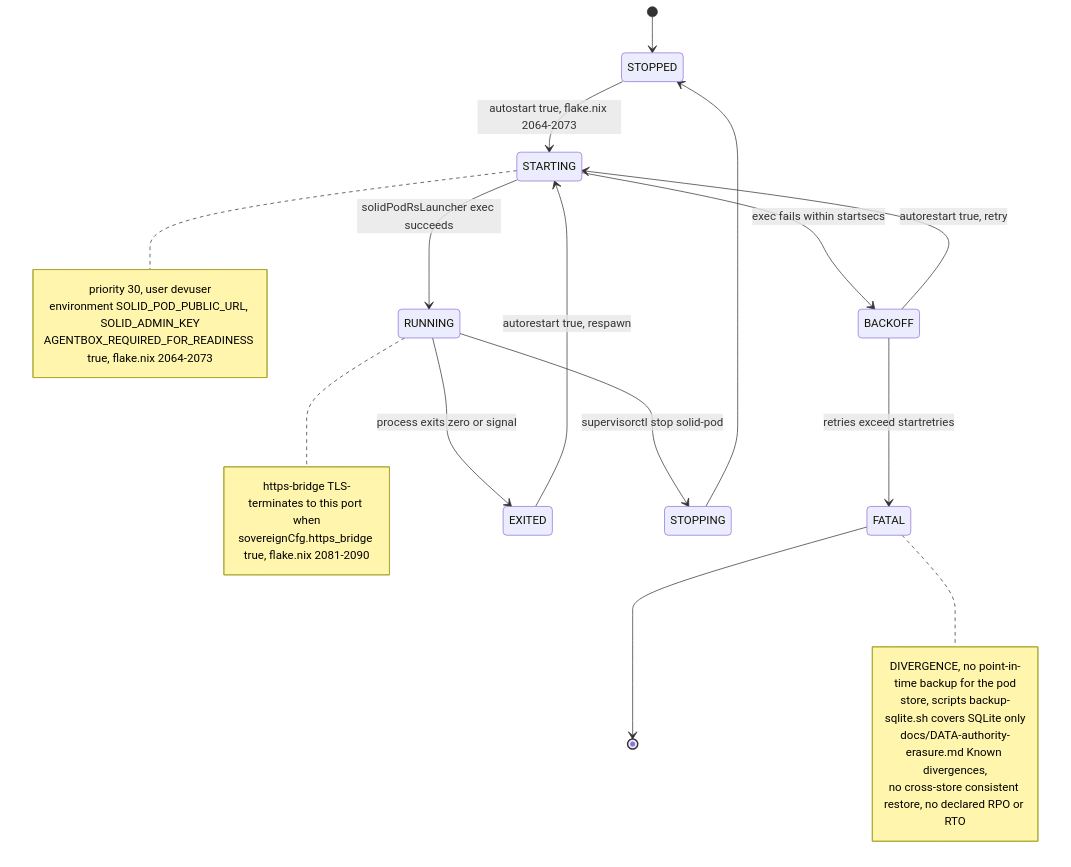
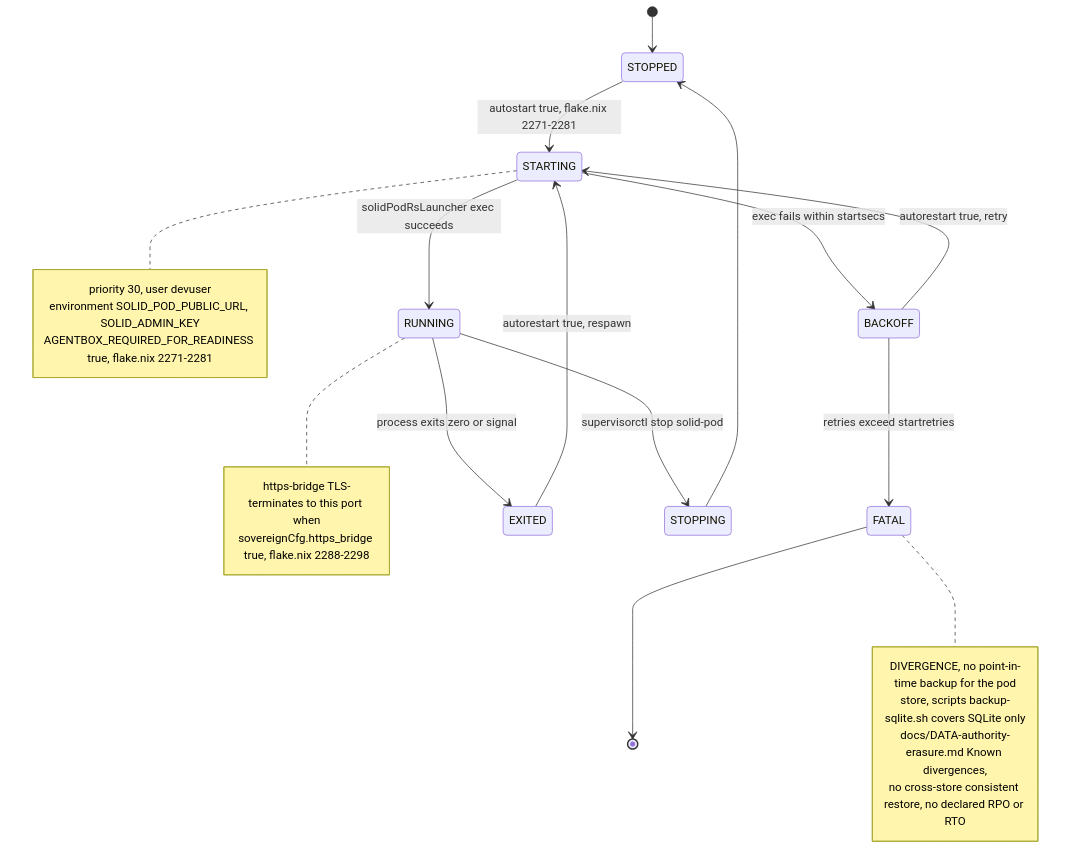
Before and after one commit to DreamLab-AI/VisionFlow: the eighth of 12 diagrams in docs/diagrams/estate/08-solid-pod-estate.md, drawn with Mermaid. The commit also changed other lines of this file and 136 other files, not shown here.

First line of the commit message:
docs(diagrams): refresh the whole corpus to code HEAD and prune low-value diagrams

````diff
--- a/docs/diagrams/estate/08-solid-pod-estate.md
+++ b/docs/diagrams/estate/08-solid-pod-estate.md
@@ -388,18 +387,18 @@
 ```mermaid
 stateDiagram-v2
     [*] --> STOPPED
-    STOPPED --> STARTING : autostart true, flake.nix 2064-2073
+    STOPPED --> STARTING : autostart true, flake.nix 2271-2281
     STARTING --> RUNNING : solidPodRsLauncher exec succeeds
     STARTING --> BACKOFF : exec fails within startsecs
     BACKOFF --> STARTING : autorestart true, retry
     BACKOFF --> FATAL : retries exceed startretries
     RUNNING --> EXITED : process exits zero or signal
     RUNNING --> STOPPING : supervisorctl stop solid-pod
     EXITED --> STARTING : autorestart true, respawn
     STOPPING --> STOPPED
     FATAL --> [*]
 
-    note right of STARTING : priority 30, user devuser<br/>environment SOLID_POD_PUBLIC_URL, SOLID_ADMIN_KEY<br/>AGENTBOX_REQUIRED_FOR_READINESS true, flake.nix 2064-2073
-    note right of RUNNING : https-bridge TLS-terminates to this port when<br/>sovereignCfg.https_bridge true, flake.nix 2081-2090
+    note right of STARTING : priority 30, user devuser<br/>environment SOLID_POD_PUBLIC_URL, SOLID_ADMIN_KEY<br/>AGENTBOX_REQUIRED_FOR_READINESS true, flake.nix 2271-2281
+    note right of RUNNING : https-bridge TLS-terminates to this port when<br/>sovereignCfg.https_bridge true, flake.nix 2288-2298
     note right of FATAL : DIVERGENCE, no point-in-time backup for the pod<br/>store, scripts backup-sqlite.sh covers SQLite only<br/>docs/DATA-authority-erasure.md Known divergences,<br/>no cross-store consistent restore, no declared RPO or RTO
 ```
````
